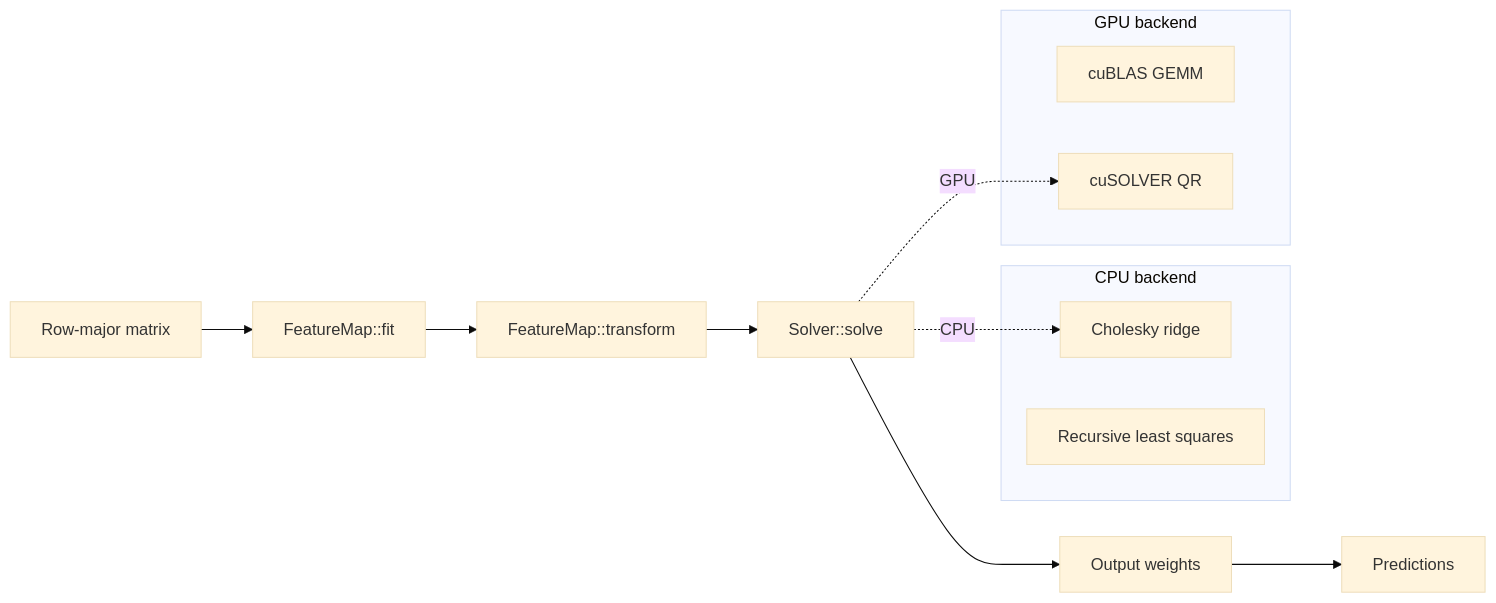
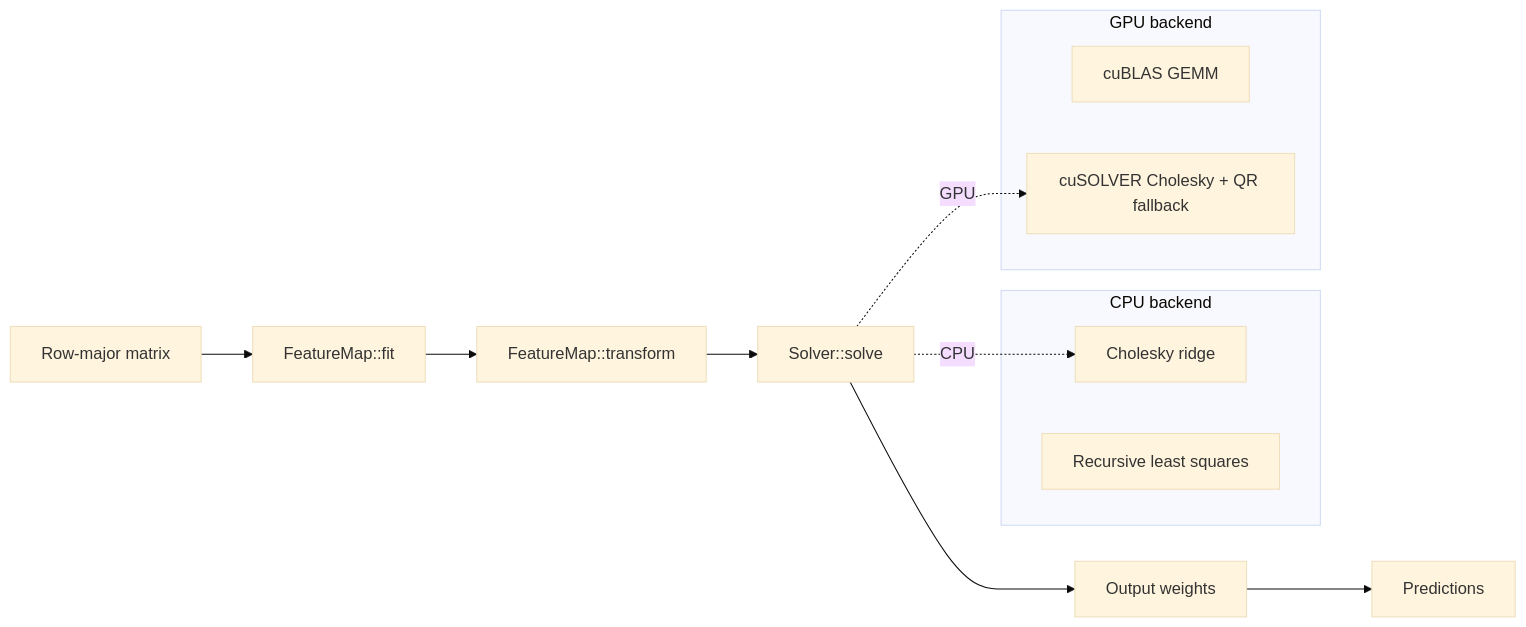
The diagram in docs/architecture.md (e-choness/feature_extraction_cuda_elm), drawn with Mermaid (base theme) before and after one commit. The commit also changed 68 other files, not shown here.

````diff
--- a/docs/architecture.md
+++ b/docs/architecture.md
@@ -13,21 +13,21 @@
 ```mermaid
 flowchart LR
     Data[Row-major matrix] --> Fit[FeatureMap::fit]
     Fit --> Transform[FeatureMap::transform]
     Transform --> Solve[Solver::solve]
     Solve --> Weights[Output weights]
     Weights --> Predict[Predictions]
 
     subgraph CPU[CPU backend]
       Cholesky[Cholesky ridge]
       RLS[Recursive least squares]
     end
 
     subgraph GPU[GPU backend]
       GEMM[cuBLAS GEMM]
-      QR[cuSOLVER QR]
+      QR[cuSOLVER Cholesky + QR fallback]
     end
 
     Solve -. CPU .-> Cholesky
     Solve -. GPU .-> QR
 ```
````
